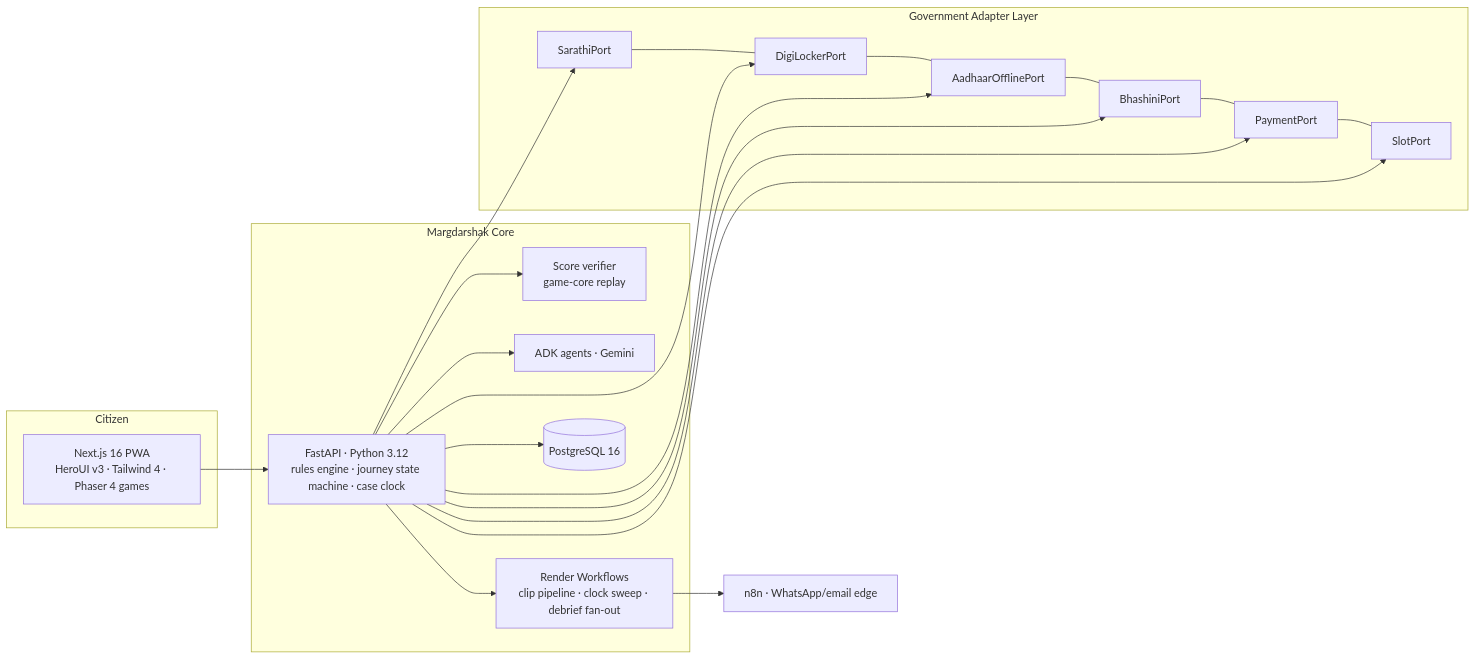
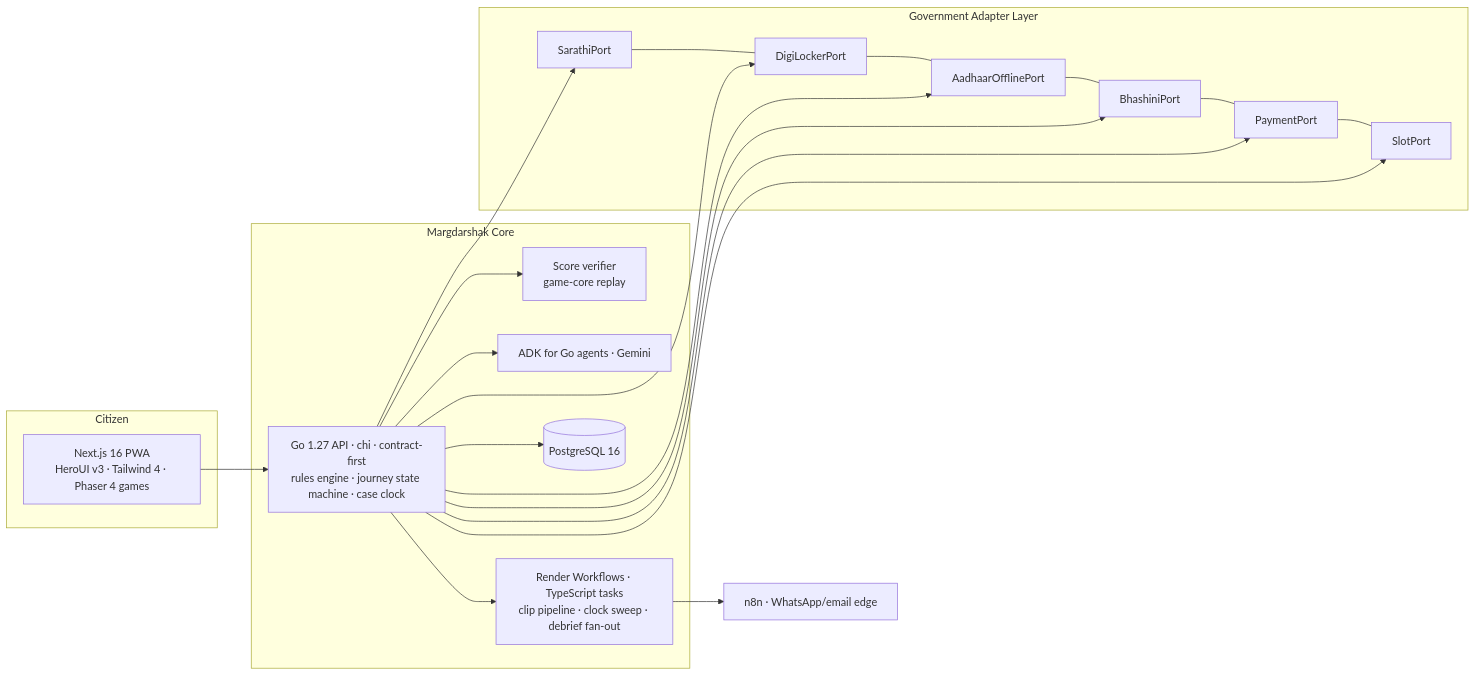
The second of 2 diagrams in IDEA.md (sruj08/margadarshak), drawn with Mermaid before and after one commit. The commit also changed other lines of this file and 1326 other files, not shown here.

````diff
--- a/IDEA.md
+++ b/IDEA.md
@@ -293,23 +293,23 @@
 ```mermaid
 flowchart LR
   subgraph Citizen
     PWA[Next.js 16 PWA<br/>HeroUI v3 · Tailwind 4 · Phaser 4 games]
   end
   subgraph Margdarshak Core
-    API[FastAPI · Python 3.12<br/>rules engine · journey state machine · case clock]
+    API[Go 1.27 API · chi · contract-first<br/>rules engine · journey state machine · case clock]
     SV[Score verifier<br/>game-core replay]
-    ADK[ADK agents · Gemini]
-    WF[Render Workflows<br/>clip pipeline · clock sweep · debrief fan-out]
+    ADK[ADK for Go agents · Gemini]
+    WF[Render Workflows · TypeScript tasks<br/>clip pipeline · clock sweep · debrief fan-out]
     DB[(PostgreSQL 16)]
   end
   subgraph Government Adapter Layer
     SA[SarathiPort] --- DA[DigiLockerPort] --- AA[AadhaarOfflinePort] --- BA[BhashiniPort] --- PA[PaymentPort] --- SL[SlotPort]
   end
   N8N[n8n · WhatsApp/email edge]
   PWA --> API --> DB
   API --> SV
   API --> ADK
   API --> WF
   WF --> N8N
   API --> SA & DA & AA & BA & PA & SL
 ```
````
